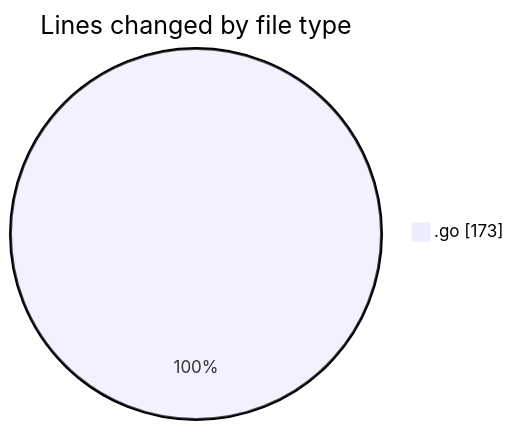
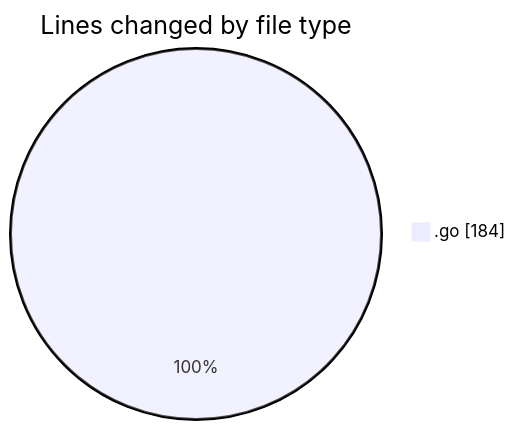
One commit to robertbonfada/code-tracking changed the first of 2 diagrams in 2025-03-06/termonied_testador/README.md. Above: the diagram before and after it, drawn with Mermaid. The commit also changed other lines of this file and 1 other file, not shown here.

````diff
--- a/2025-03-06/termonied_testador/README.md
+++ b/2025-03-06/termonied_testador/README.md
@@ -20,5 +20,5 @@
 ```mermaid
 pie showData
 title Lines changed by file type
-".go" : 173
+".go" : 184
 ```
````
